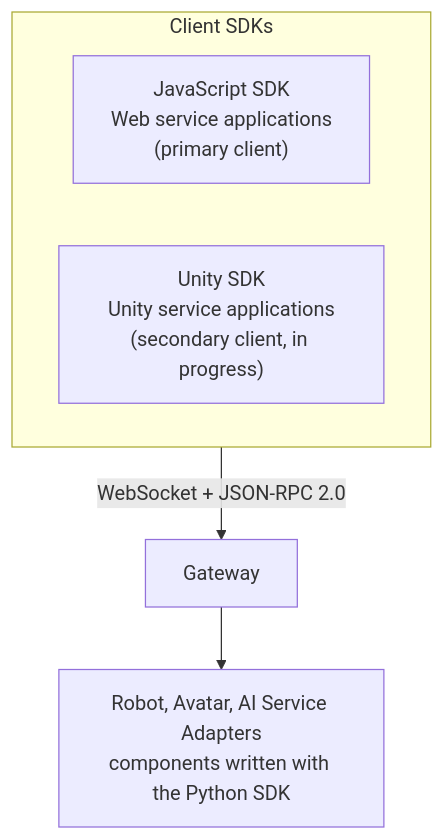
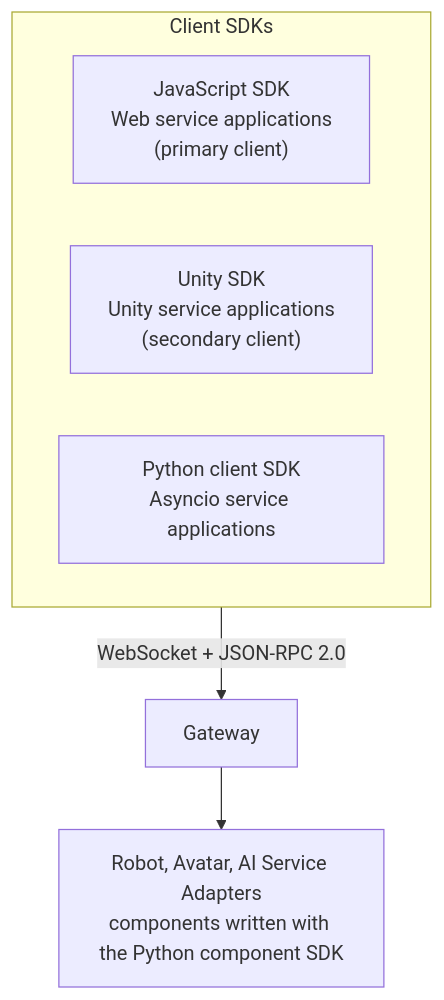
Before and after one commit to openrois/openrois: the eighth of 18 diagrams in docs/white-paper.md, drawn with Mermaid. The commit also changed other lines of this file and 19 other files, not shown here.

````diff
--- a/docs/white-paper.md
+++ b/docs/white-paper.md
@@ -704,11 +705,12 @@
 ```mermaid
 flowchart TB
     subgraph SDKs["Client SDKs"]
         direction LR
         TS["JavaScript SDK<br/>Web service applications<br/>(primary client)"]
-        Unity["Unity SDK<br/>Unity service applications<br/>(secondary client, in progress)"]
+        Unity["Unity SDK<br/>Unity service applications<br/>(secondary client)"]
+        PyClient["Python client SDK<br/>Asyncio service applications"]
     end
 
     SDKs -->|"WebSocket + JSON-RPC 2.0"| Gateway["Gateway"]
-    Gateway --> Adapters["Robot, Avatar, AI Service Adapters<br/>components written with the Python SDK"]
+    Gateway --> Adapters["Robot, Avatar, AI Service Adapters<br/>components written with the Python component SDK"]
 ```
````
